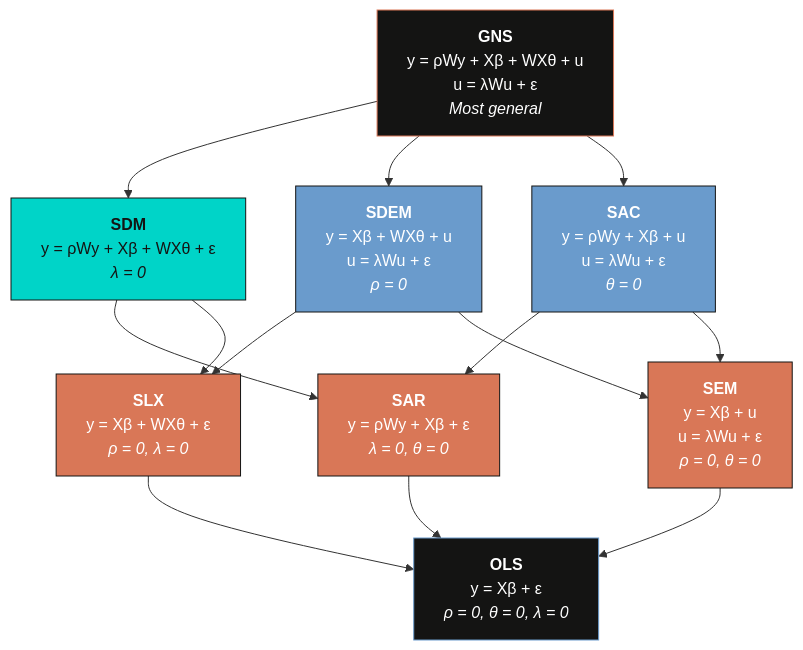
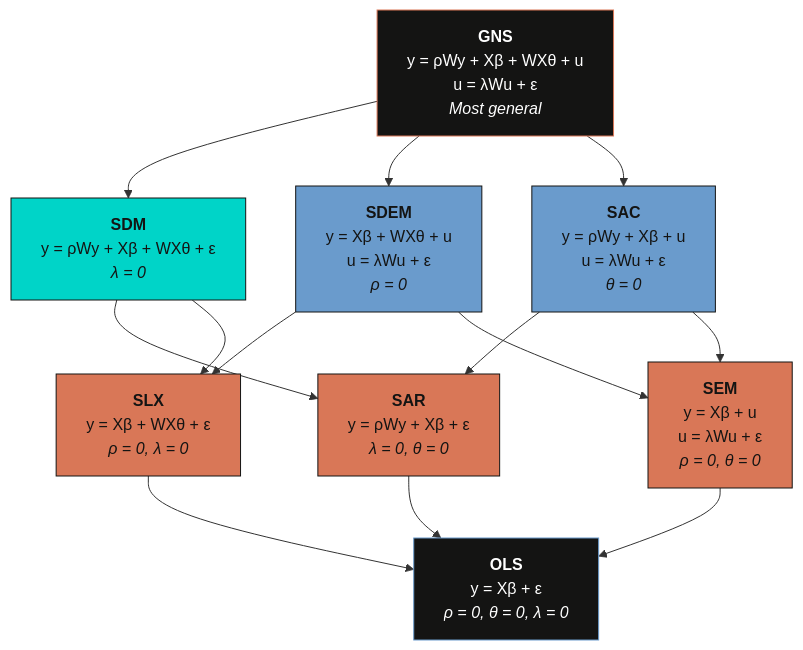
Before and after one commit to cmg777/starter-academic-v501: the first of 3 diagrams in content/post/stata_sp_regression_cross_section/index.md, drawn with Mermaid. The commit also changed other lines of this file and 67 other files, not shown here.

First line of the commit message:
fix(mermaid): readable diagram text in both themes across the site

````diff
--- a/content/post/stata_sp_regression_cross_section/index.md
+++ b/content/post/stata_sp_regression_cross_section/index.md
@@ -243,33 +243,33 @@
 ```mermaid
 graph TD
     GNS["<b>GNS</b><br/>y = ρWy + Xβ + WXθ + u<br/>u = λWu + ε<br/><i>Most general</i>"]
     SDM["<b>SDM</b><br/>y = ρWy + Xβ + WXθ + ε<br/><i>λ = 0</i>"]
     SDEM["<b>SDEM</b><br/>y = Xβ + WXθ + u<br/>u = λWu + ε<br/><i>ρ = 0</i>"]
     SAC["<b>SAC</b><br/>y = ρWy + Xβ + u<br/>u = λWu + ε<br/><i>θ = 0</i>"]
     SAR["<b>SAR</b><br/>y = ρWy + Xβ + ε<br/><i>λ = 0, θ = 0</i>"]
     SEM["<b>SEM</b><br/>y = Xβ + u<br/>u = λWu + ε<br/><i>ρ = 0, θ = 0</i>"]
     SLX["<b>SLX</b><br/>y = Xβ + WXθ + ε<br/><i>ρ = 0, λ = 0</i>"]
     OLS["<b>OLS</b><br/>y = Xβ + ε<br/><i>ρ = 0, θ = 0, λ = 0</i>"]
 
     GNS --> SDM
     GNS --> SDEM
     GNS --> SAC
     SDM --> SAR
     SDM --> SLX
     SDEM --> SLX
     SDEM --> SEM
     SAC --> SAR
     SAC --> SEM
     SAR --> OLS
     SEM --> OLS
     SLX --> OLS
 
     style GNS fill:#141413,stroke:#d97757,color:#fff
     style SDM fill:#00d4c8,stroke:#141413,color:#141413
-    style SDEM fill:#6a9bcc,stroke:#141413,color:#fff
-    style SAC fill:#6a9bcc,stroke:#141413,color:#fff
-    style SAR fill:#d97757,stroke:#141413,color:#fff
-    style SEM fill:#d97757,stroke:#141413,color:#fff
-    style SLX fill:#d97757,stroke:#141413,color:#fff
+    style SDEM fill:#6a9bcc,stroke:#141413,color:#141413
+    style SAC fill:#6a9bcc,stroke:#141413,color:#141413
+    style SAR fill:#d97757,stroke:#141413,color:#141413
+    style SEM fill:#d97757,stroke:#141413,color:#141413
+    style SLX fill:#d97757,stroke:#141413,color:#141413
     style OLS fill:#141413,stroke:#6a9bcc,color:#fff
 ```
````
